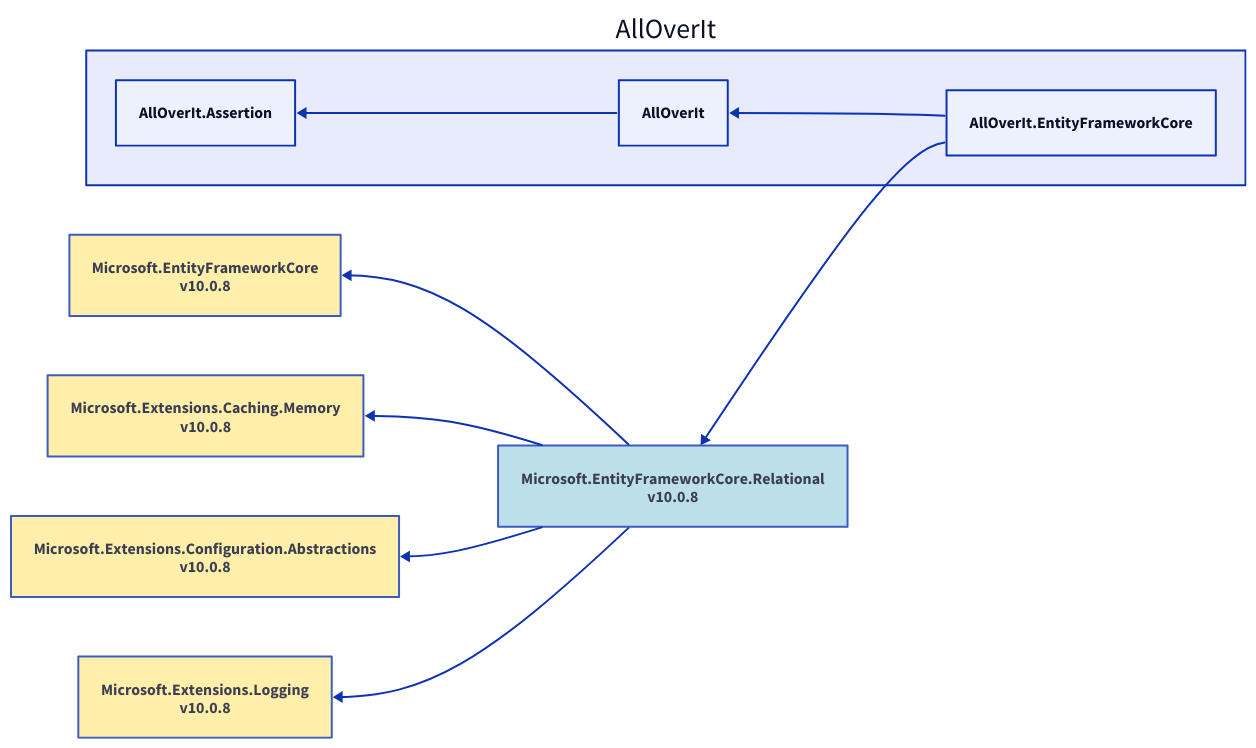
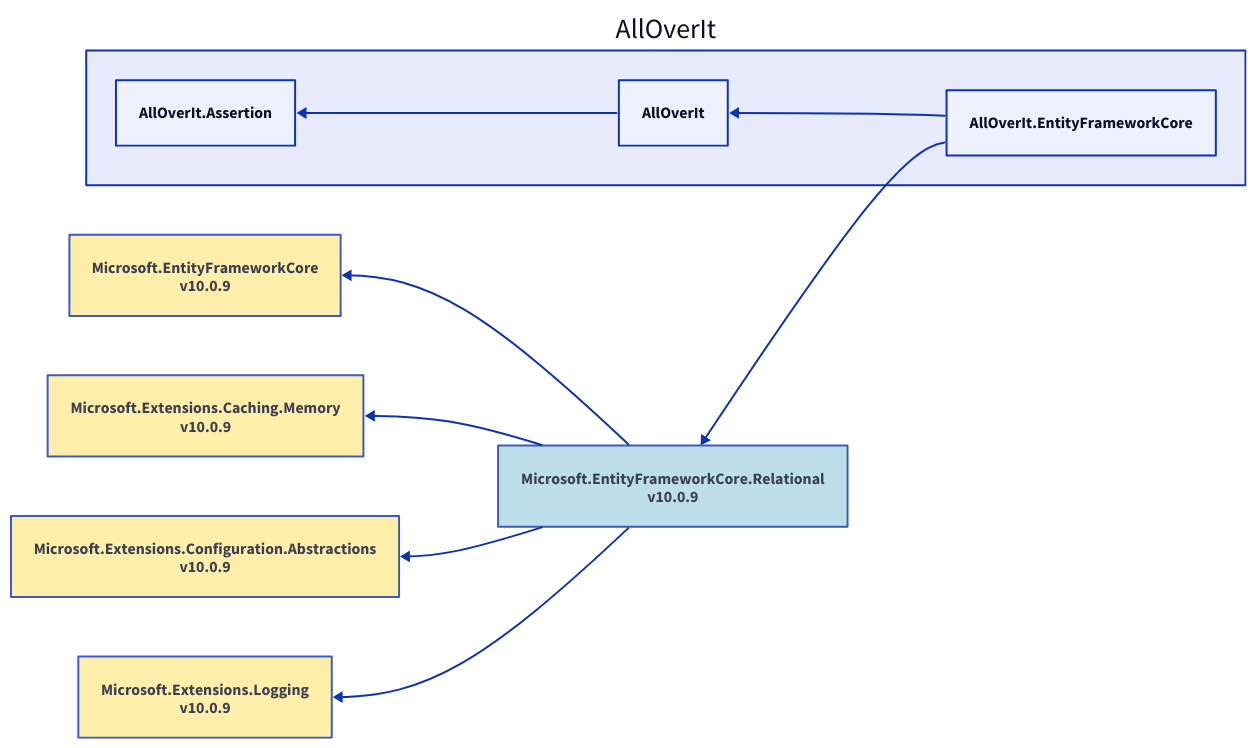
The diagram in Docs/Reference/Content/images/dependencies/net10.0/d2/alloverit-entityframeworkcore.d2 (mjfreelancing/AllOverIt), drawn with D2 before and after one commit. The commit also changed 249 other files, not shown here.

```diff
--- a/Docs/Reference/Content/images/dependencies/net10.0/d2/alloverit-entityframeworkcore.d2
+++ b/Docs/Reference/Content/images/dependencies/net10.0/d2/alloverit-entityframeworkcore.d2
@@ -1,30 +1,30 @@
 direction: left
 
 aoi: AllOverIt
 aoi.alloverit-entityframeworkcore: AllOverIt.EntityFrameworkCore
-microsoft-entityframeworkcore-relational_10-0-8: Microsoft.EntityFrameworkCore.Relational\nv10.0.8
-microsoft-entityframeworkcore_10-0-8: Microsoft.EntityFrameworkCore\nv10.0.8
-microsoft-extensions-caching-memory_10-0-8: Microsoft.Extensions.Caching.Memory\nv10.0.8
-microsoft-extensions-configuration-abstractions_10-0-8: Microsoft.Extensions.Configuration.Abstractions\nv10.0.8
-microsoft-extensions-logging_10-0-8: Microsoft.Extensions.Logging\nv10.0.8
+microsoft-entityframeworkcore-relational_10-0-9: Microsoft.EntityFrameworkCore.Relational\nv10.0.9
+microsoft-entityframeworkcore_10-0-9: Microsoft.EntityFrameworkCore\nv10.0.9
+microsoft-extensions-caching-memory_10-0-9: Microsoft.Extensions.Caching.Memory\nv10.0.9
+microsoft-extensions-configuration-abstractions_10-0-9: Microsoft.Extensions.Configuration.Abstractions\nv10.0.9
+microsoft-extensions-logging_10-0-9: Microsoft.Extensions.Logging\nv10.0.9
 aoi.alloverit: AllOverIt
 aoi.alloverit-assertion: AllOverIt.Assertion
-microsoft-entityframeworkcore-relational_10-0-8 <- aoi.alloverit-entityframeworkcore
-microsoft-entityframeworkcore_10-0-8 <- microsoft-entityframeworkcore-relational_10-0-8
-microsoft-extensions-caching-memory_10-0-8 <- microsoft-entityframeworkcore-relational_10-0-8
-microsoft-extensions-configuration-abstractions_10-0-8 <- microsoft-entityframeworkcore-relational_10-0-8
-microsoft-extensions-logging_10-0-8 <- microsoft-entityframeworkcore-relational_10-0-8
+microsoft-entityframeworkcore-relational_10-0-9 <- aoi.alloverit-entityframeworkcore
+microsoft-entityframeworkcore_10-0-9 <- microsoft-entityframeworkcore-relational_10-0-9
+microsoft-extensions-caching-memory_10-0-9 <- microsoft-entityframeworkcore-relational_10-0-9
+microsoft-extensions-configuration-abstractions_10-0-9 <- microsoft-entityframeworkcore-relational_10-0-9
+microsoft-extensions-logging_10-0-9 <- microsoft-entityframeworkcore-relational_10-0-9
 aoi.alloverit <- aoi.alloverit-entityframeworkcore
 aoi.alloverit-assertion <- aoi.alloverit
-microsoft-entityframeworkcore-relational_10-0-8.style.fill: "#ADD8E6"
-microsoft-entityframeworkcore-relational_10-0-8.style.opacity: 0.8
-microsoft-entityframeworkcore_10-0-8.style.fill: "#FFEC96"
-microsoft-entityframeworkcore_10-0-8.style.opacity: 0.8
-microsoft-extensions-caching-memory_10-0-8.style.fill: "#FFEC96"
-microsoft-extensions-caching-memory_10-0-8.style.opacity: 0.8
-microsoft-extensions-configuration-abstractions_10-0-8.style.fill: "#FFEC96"
-microsoft-extensions-configuration-abstractions_10-0-8.style.opacity: 0.8
-microsoft-extensions-logging_10-0-8.style.fill: "#FFEC96"
-microsoft-extensions-logging_10-0-8.style.opacity: 0.8
+microsoft-entityframeworkcore-relational_10-0-9.style.fill: "#ADD8E6"
+microsoft-entityframeworkcore-relational_10-0-9.style.opacity: 0.8
+microsoft-entityframeworkcore_10-0-9.style.fill: "#FFEC96"
+microsoft-entityframeworkcore_10-0-9.style.opacity: 0.8
+microsoft-extensions-caching-memory_10-0-9.style.fill: "#FFEC96"
+microsoft-extensions-caching-memory_10-0-9.style.opacity: 0.8
+microsoft-extensions-configuration-abstractions_10-0-9.style.fill: "#FFEC96"
+microsoft-extensions-configuration-abstractions_10-0-9.style.opacity: 0.8
+microsoft-extensions-logging_10-0-9.style.fill: "#FFEC96"
+microsoft-extensions-logging_10-0-9.style.opacity: 0.8
 aoi.style.fill: "#E7EBFC"
 aoi.style.opacity: 1
```
